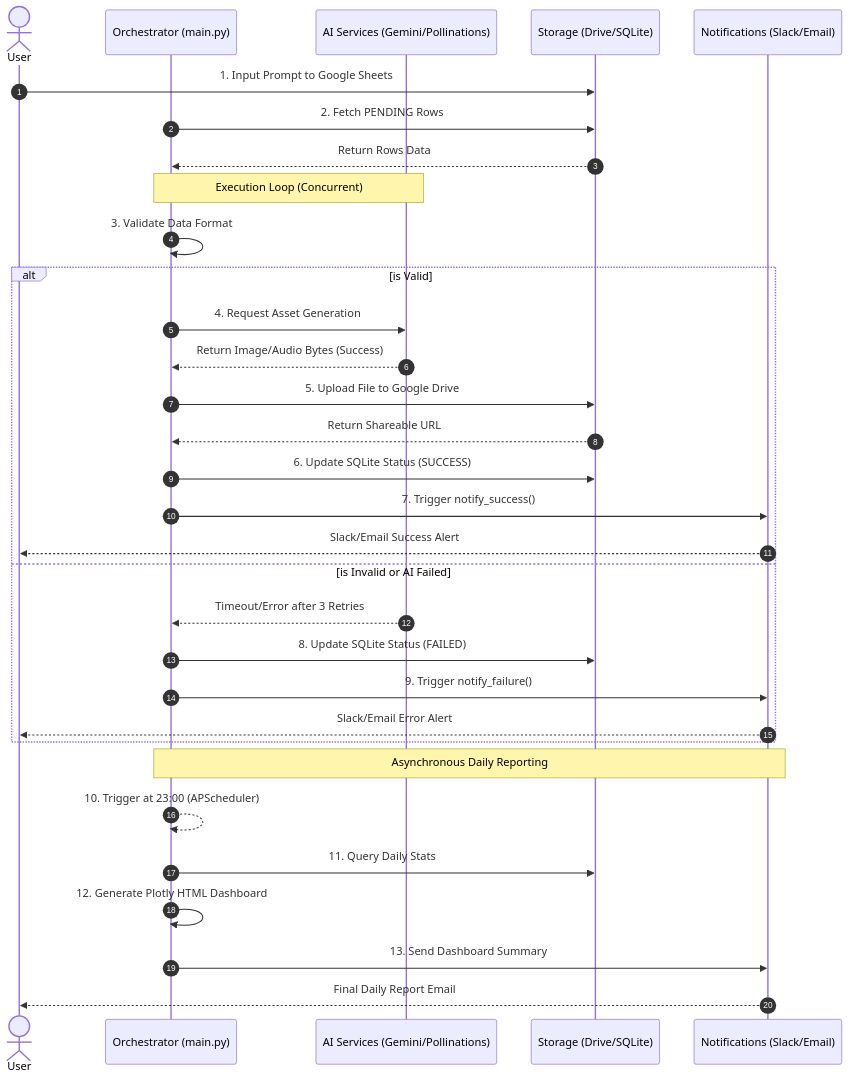
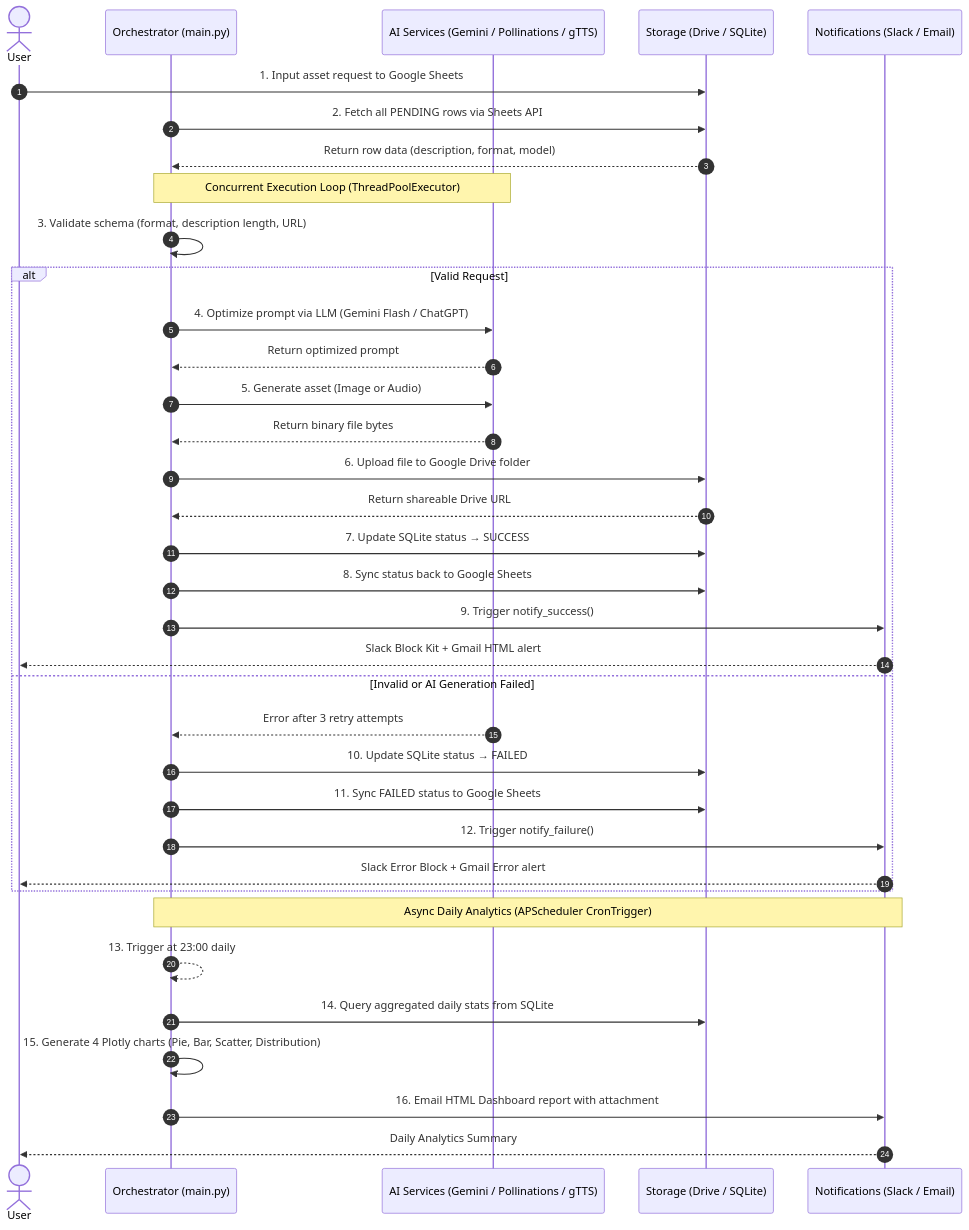
Before and after one commit to danielhuynh-04/AI-Asset-Generation-Automation-Pipeline: the second of 2 diagrams in README.md, drawn with Mermaid. The commit also changed other lines of this file and 128 other files, not shown here.

````diff
--- a/README.md
+++ b/README.md
@@ -98,38 +95,42 @@
 ```mermaid
 sequenceDiagram
     autonumber
     actor User
     participant System as Orchestrator (main.py)
-    participant AI as AI Services (Gemini/Pollinations)
-    participant Storage as Storage (Drive/SQLite)
-    participant Notif as Notifications (Slack/Email)
+    participant AI as AI Services (Gemini / Pollinations / gTTS)
+    participant Storage as Storage (Drive / SQLite)
+    participant Notif as Notifications (Slack / Email)
 
-    User->>Storage: 1. Input Prompt to Google Sheets
-    System->>Storage: 2. Fetch PENDING Rows
-    Storage-->>System: Return Rows Data
-    
-    Note over System, AI: Execution Loop (Concurrent)
-    System->>System: 3. Validate Data Format
-    
-    alt is Valid
-        System->>AI: 4. Request Asset Generation
-        AI-->>System: Return Image/Audio Bytes (Success)
-        System->>Storage: 5. Upload File to Google Drive
-        Storage-->>System: Return Shareable URL
-        System->>Storage: 6. Update SQLite Status (SUCCESS)
-        System->>Notif: 7. Trigger notify_success()
-        Notif-->>User: Slack/Email Success Alert
-    else is Invalid or AI Failed
-        AI-->>System: Timeout/Error after 3 Retries
-        System->>Storage: 8. Update SQLite Status (FAILED)
-        System->>Notif: 9. Trigger notify_failure()
-        Notif-->>User: Slack/Email Error Alert
+    User->>Storage: 1. Input asset request to Google Sheets
+    System->>Storage: 2. Fetch all PENDING rows via Sheets API
+    Storage-->>System: Return row data (description, format, model)
+
+    Note over System, AI: Concurrent Execution Loop (ThreadPoolExecutor)
+    System->>System: 3. Validate schema (format, description length, URL)
+
+    alt Valid Request
+        System->>AI: 4. Optimize prompt via LLM (Gemini Flash / ChatGPT)
+        AI-->>System: Return optimized prompt
+        System->>AI: 5. Generate asset (Image or Audio)
+        AI-->>System: Return binary file bytes
+        System->>Storage: 6. Upload file to Google Drive folder
+        Storage-->>System: Return shareable Drive URL
+        System->>Storage: 7. Update SQLite status → SUCCESS
+        System->>Storage: 8. Sync status back to Google Sheets
+        System->>Notif: 9. Trigger notify_success()
+        Notif-->>User: Slack Block Kit + Gmail HTML alert
+    else Invalid or AI Generation Failed
+        AI-->>System: Error after 3 retry attempts
+        System->>Storage: 10. Update SQLite status → FAILED
+        System->>Storage: 11. Sync FAILED status to Google Sheets
+        System->>Notif: 12. Trigger notify_failure()
+        Notif-->>User: Slack Error Block + Gmail Error alert
     end
-    
-    Note over System, Notif: Asynchronous Daily Reporting
-    System-->>System: 10. Trigger at 23:00 (APScheduler)
-    System->>Storage: 11. Query Daily Stats
-    System->>System: 12. Generate Plotly HTML Dashboard
-    System->>Notif: 13. Send Dashboard Summary
-    Notif-->>User: Final Daily Report Email
+
+    Note over System, Notif: Async Daily Analytics (APScheduler CronTrigger)
+    System-->>System: 13. Trigger at 23:00 daily
+    System->>Storage: 14. Query aggregated daily stats from SQLite
+    System->>System: 15. Generate 4 Plotly charts (Pie, Bar, Scatter, Distribution)
+    System->>Notif: 16. Email HTML Dashboard report with attachment
+    Notif-->>User: Daily Analytics Summary
 ```
````
